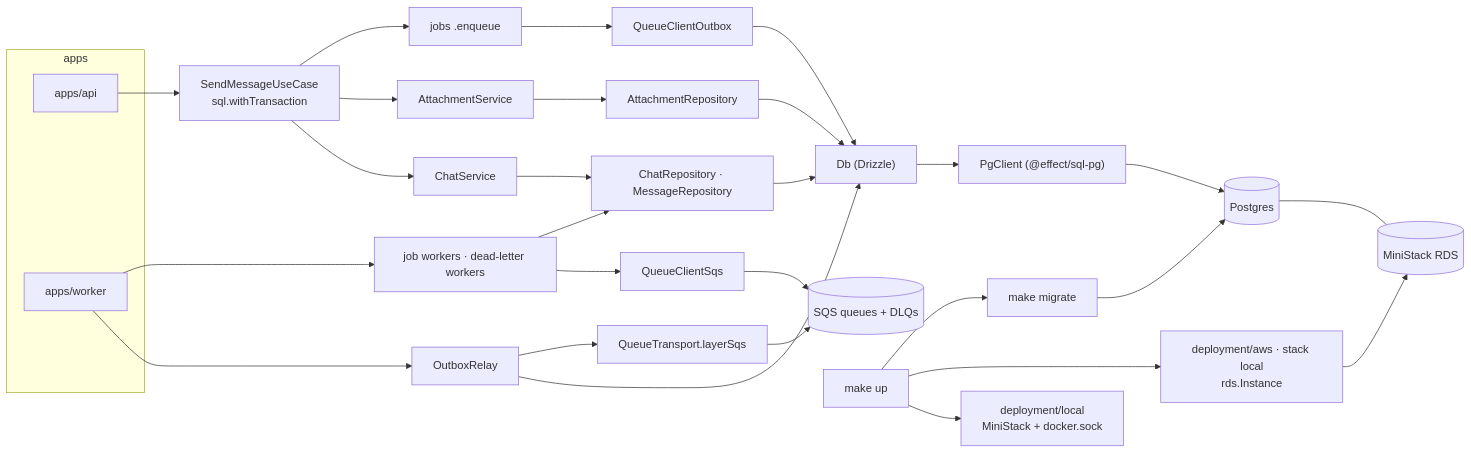
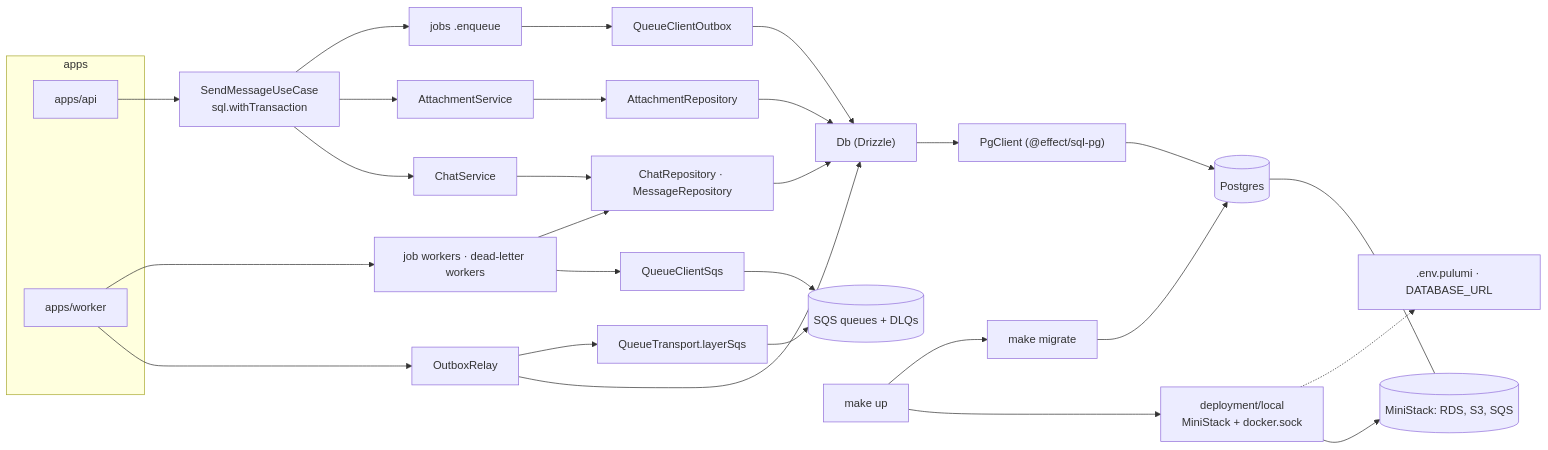
The diagram in docs/tickets/2026-10-22-1915_postgres-drizzle/architecture.md (khotei/app-template), drawn with Mermaid before and after one commit. The commit also changed other lines of this file and 12 other files, not shown here.

````diff
--- a/docs/tickets/2026-10-22-1915_postgres-drizzle/architecture.md
+++ b/docs/tickets/2026-10-22-1915_postgres-drizzle/architecture.md
@@ -30,23 +30,23 @@
 ```mermaid
 graph LR
   subgraph apps
     api["apps/api"]
     worker["apps/worker"]
   end
   api --> SM["SendMessageUseCase<br/>sql.withTransaction"]
   SM --> CS["ChatService"] & AS["AttachmentService"] & J["jobs .enqueue"]
   CS --> CR["ChatRepository · MessageRepository"]
   AS --> AR["AttachmentRepository"]
   J --> QCo["QueueClientOutbox"]
   CR & AR --> Db["Db (Drizzle)"]
   QCo --> Db
   Db --> Pg["PgClient (@effect/sql-pg)"] --> DB[("Postgres")]
   worker --> relay["OutboxRelay"] --> Db
   relay --> T["QueueTransport.layerSqs"] --> SQS[("SQS queues + DLQs")]
   worker --> W["job workers · dead-letter workers"] --> QCs["QueueClientSqs"] --> SQS
   W --> CR
-  mk["make up"] --> local["deployment/local<br/>MiniStack + docker.sock"]
-  mk --> aws["deployment/aws · stack local<br/>rds.Instance"] --> MS[("MiniStack RDS")]
+  mk["make up"] --> local["deployment/local<br/>MiniStack + docker.sock"] --> MS[("MiniStack: RDS, S3, SQS")]
+  local -.-> env[".env.pulumi · DATABASE_URL"]
   DB --- MS
   mk --> mig["make migrate"] --> DB
 ```
````
